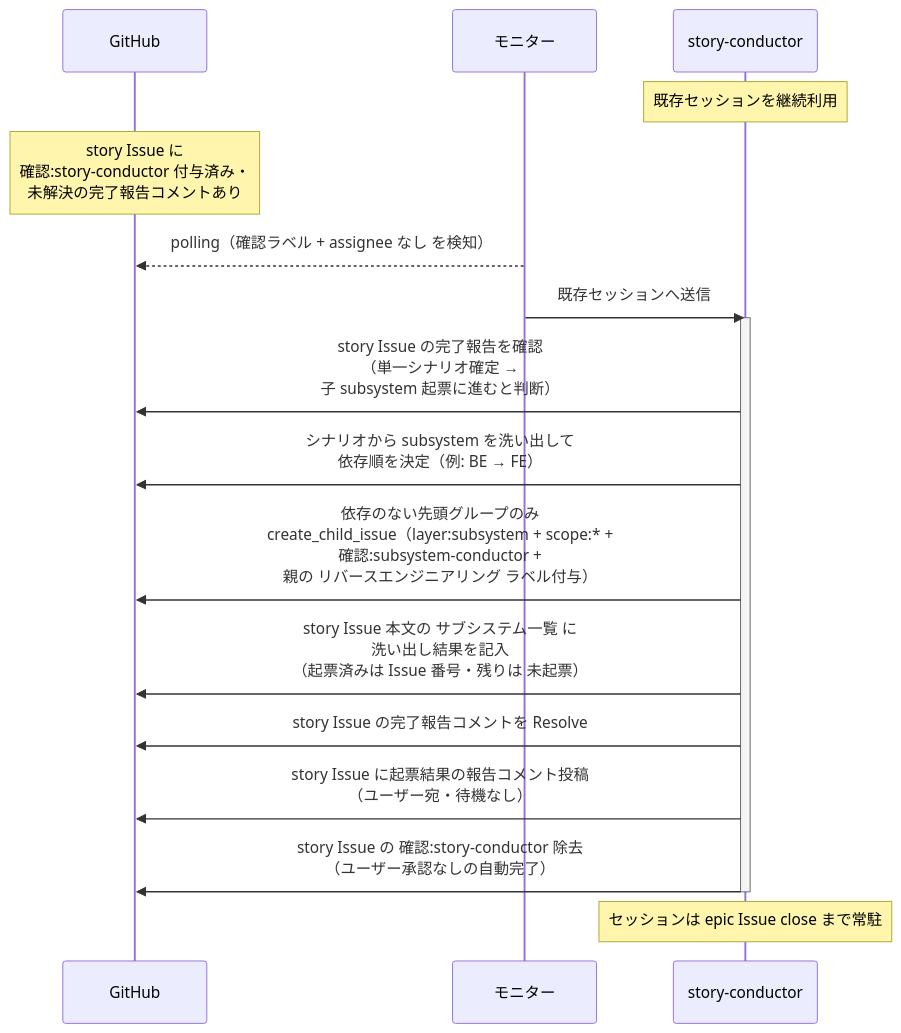
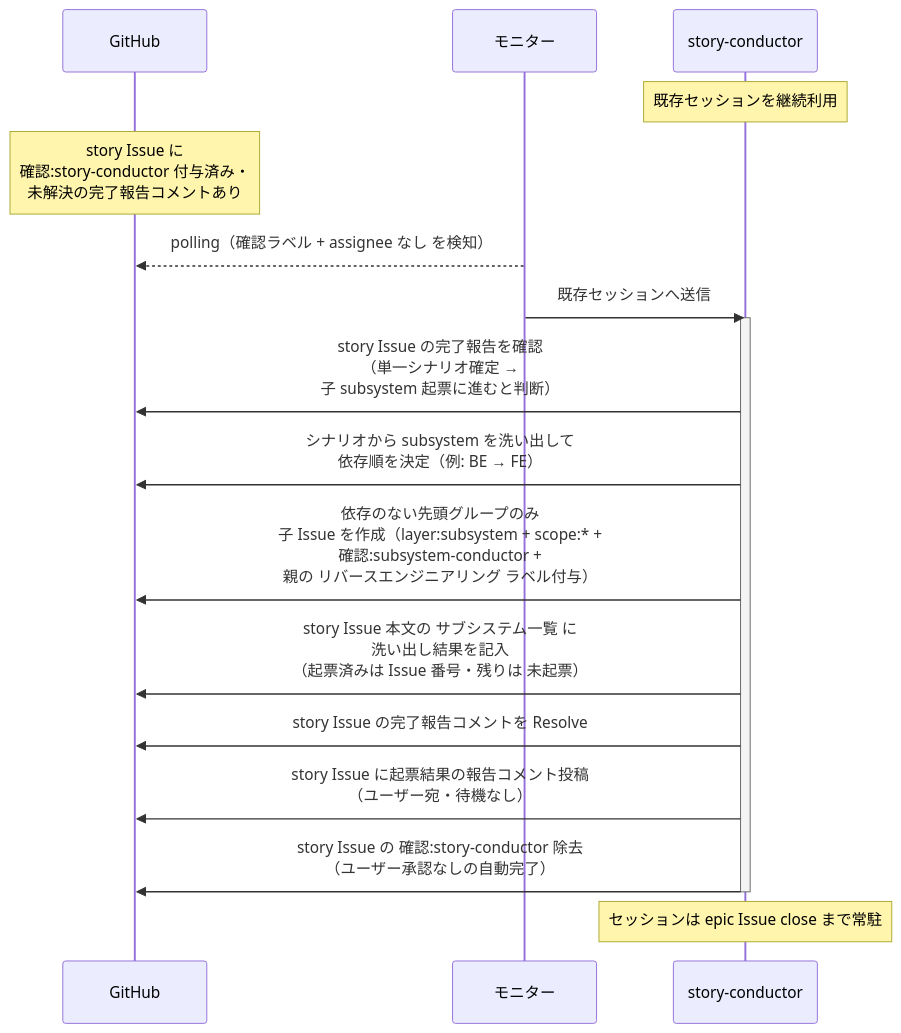
Before and after one commit to shuhei1101/ai-monitor: the first of 2 diagrams in docs/wiki/設計図/シナリオ/単一ユースケース/子subsystem起票.md, drawn with Mermaid. The commit also changed other lines of this file and 304 other files, not shown here.

````diff
--- a/docs/wiki/設計図/シナリオ/単一ユースケース/子subsystem起票.md
+++ b/docs/wiki/設計図/シナリオ/単一ユースケース/子subsystem起票.md
@@ -28,21 +28,21 @@
 ```mermaid
 sequenceDiagram
   participant GH as GitHub
   participant ORC as モニター
   participant MON as story-conductor
 
   Note over MON: 既存セッションを継続利用
   Note over GH: story Issue に<br>確認:story-conductor 付与済み・<br>未解決の完了報告コメントあり
   ORC-->>GH: polling（確認ラベル + assignee なし を検知）
   ORC->>MON: 既存セッションへ送信
   activate MON
   MON->>GH: story Issue の完了報告を確認<br>（単一シナリオ確定 →<br>子 subsystem 起票に進むと判断）
   MON->>GH: シナリオから subsystem を洗い出して<br>依存順を決定（例: BE → FE）
-  MON->>GH: 依存のない先頭グループのみ<br>create_child_issue（layer:subsystem + scope:* +<br>確認:subsystem-conductor +<br>親の リバースエンジニアリング ラベル付与）
+  MON->>GH: 依存のない先頭グループのみ<br>子 Issue を作成（layer:subsystem + scope:* +<br>確認:subsystem-conductor +<br>親の リバースエンジニアリング ラベル付与）
   MON->>GH: story Issue 本文の サブシステム一覧 に<br>洗い出し結果を記入<br>（起票済みは Issue 番号・残りは 未起票）
   MON->>GH: story Issue の完了報告コメントを Resolve
   MON->>GH: story Issue に起票結果の報告コメント投稿<br>（ユーザー宛・待機なし）
   MON->>GH: story Issue の 確認:story-conductor 除去<br>（ユーザー承認なしの自動完了）
   deactivate MON
   Note over MON: セッションは epic Issue close まで常駐
 ```
````
